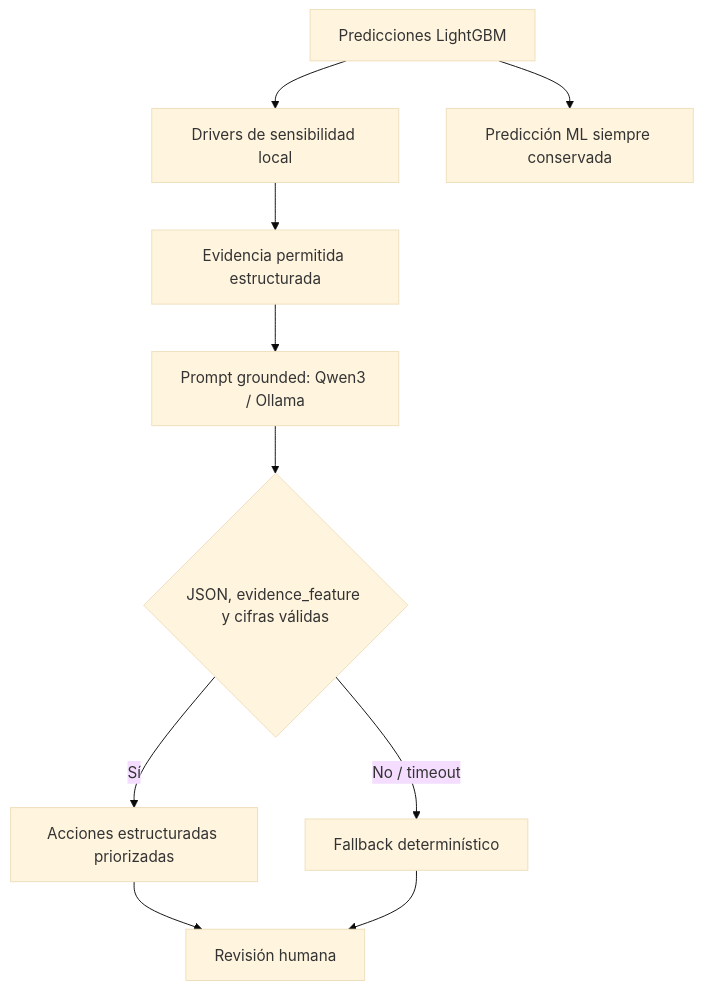
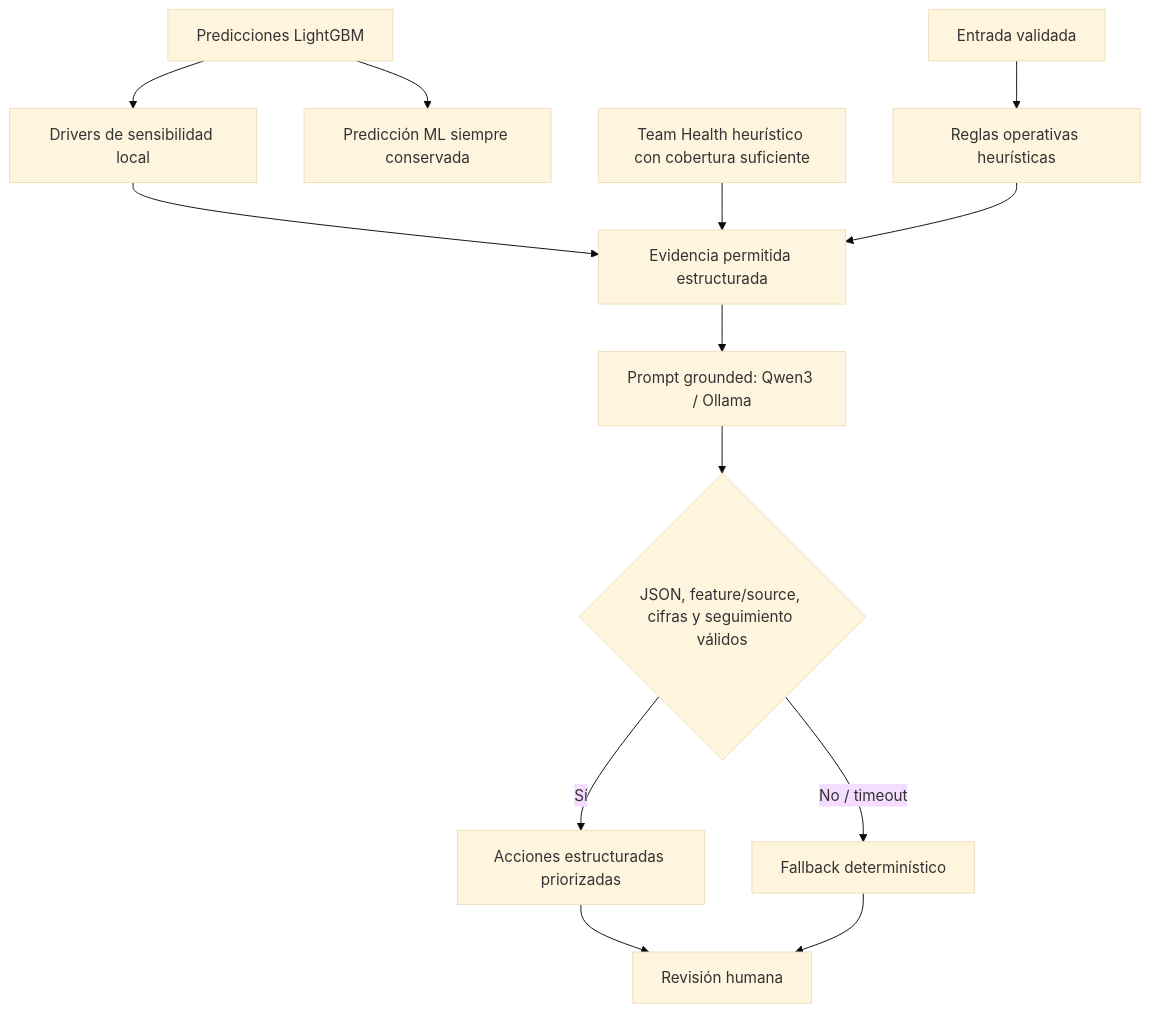
Before and after one commit to heiandavi-boop/tallerfina3: the second of 3 diagrams in docs/architecture.md, drawn with Mermaid (base theme). The commit also changed other lines of this file and 103 other files, not shown here.

````diff
--- a/docs/architecture.md
+++ b/docs/architecture.md
@@ -33,12 +36,15 @@
 ```mermaid
 flowchart TD
   M[Predicciones LightGBM] --> D[Drivers de sensibilidad local]
   D --> E[Evidencia permitida estructurada]
+  U[Entrada validada] --> S[Reglas operativas heurísticas]
+  S --> E
+  T[Team Health heurístico con cobertura suficiente] --> E
   E --> Q[Prompt grounded: Qwen3 / Ollama]
-  Q --> V{JSON, evidence_feature y cifras válidas}
+  Q --> V{JSON, feature/source, cifras y seguimiento válidos}
   V -->|Sí| R[Acciones estructuradas priorizadas]
   V -->|No / timeout| F[Fallback determinístico]
   R --> H[Revisión humana]
   F --> H
   M --> P[Predicción ML siempre conservada]
 ```
````
